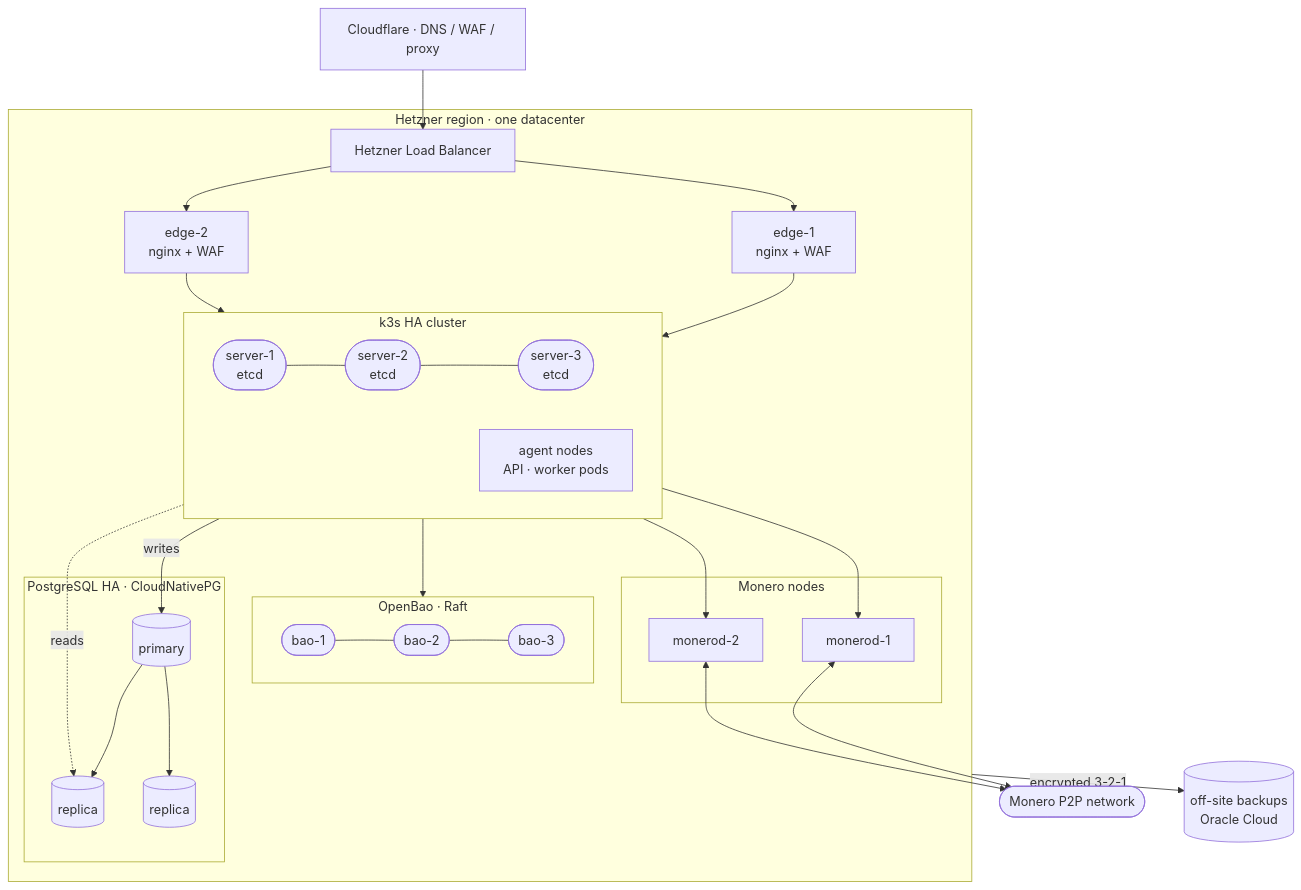
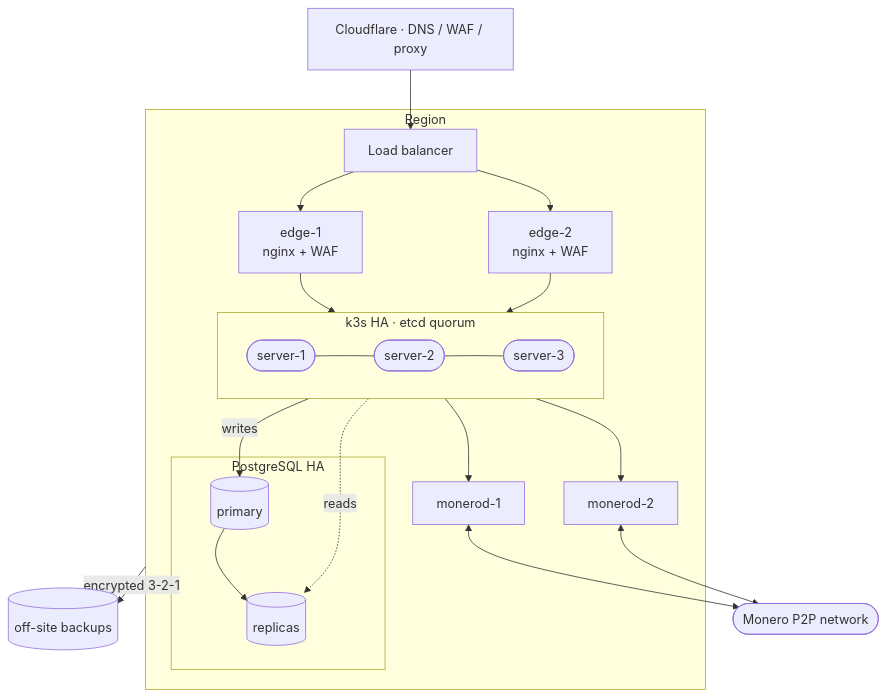
Before and after one commit to nowi333/monerometrics: the fourth of 4 diagrams in README.md, drawn with Mermaid. The commit also changed other lines of this file and 2 other files, not shown here.

````diff
--- a/README.md
+++ b/README.md
@@ -676,37 +602,23 @@
 ```mermaid
 flowchart TB
-    CF["Cloudflare · DNS / WAF / proxy"] --> LB["Hetzner Load Balancer"]
-    subgraph R1["Hetzner region · one datacenter"]
+    CF["Cloudflare · DNS / WAF / proxy"] --> LB["Load balancer"]
+    subgraph R1["Region"]
         LB --> E1["edge-1<br/>nginx + WAF"]
         LB --> E2["edge-2<br/>nginx + WAF"]
-        subgraph K3S["k3s HA cluster"]
-            direction LR
-            S1(["server-1<br/>etcd"]) --- S2(["server-2<br/>etcd"]) --- S3(["server-3<br/>etcd"])
-            AG["agent nodes<br/>API · worker pods"]
+        subgraph K3S["k3s HA · etcd quorum"]
+            S1(["server-1"]) --- S2(["server-2"]) --- S3(["server-3"])
         end
-        E1 --> AG
-        E2 --> AG
-        subgraph PG["PostgreSQL HA · CloudNativePG"]
-            PGp[("primary")]
-            PGr1[("replica")]
-            PGr2[("replica")]
-            PGp --> PGr1
-            PGp --> PGr2
+        E1 --> K3S
+        E2 --> K3S
+        subgraph PG["PostgreSQL HA"]
+            PGp[("primary")] --> PGr[("replicas")]
         end
-        AG -->|writes| PGp
-        AG -.reads.-> PGr1
-        subgraph BAO["OpenBao · Raft"]
-            B1(["bao-1"]) --- B2(["bao-2"]) --- B3(["bao-3"])
-        end
-        AG --> BAO
-        subgraph NODES["Monero nodes"]
-            N1["monerod-1"]
-            N2["monerod-2"]
-        end
-        AG --> N1
-        AG --> N2
+        K3S -->|writes| PGp
+        K3S -.reads.-> PGr
+        K3S --> N1["monerod-1"]
+        K3S --> N2["monerod-2"]
     end
     N1 <--> MN(["Monero P2P network"])
     N2 <--> MN
-    R1 -->|"encrypted 3-2-1"| OCI[("off-site backups<br/>Oracle Cloud")]
+    R1 -->|"encrypted 3-2-1"| OCI[("off-site backups")]
 ```
````
